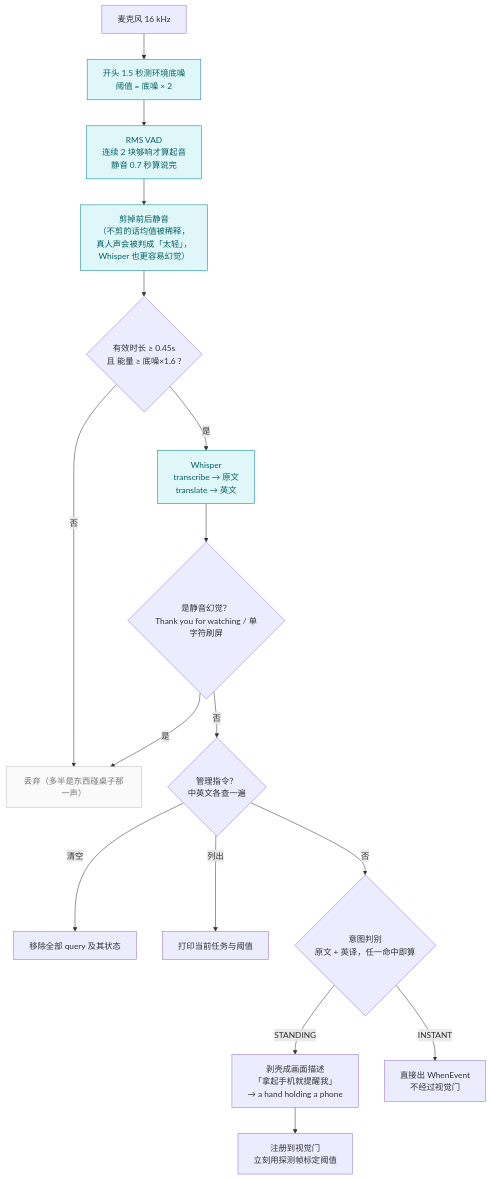
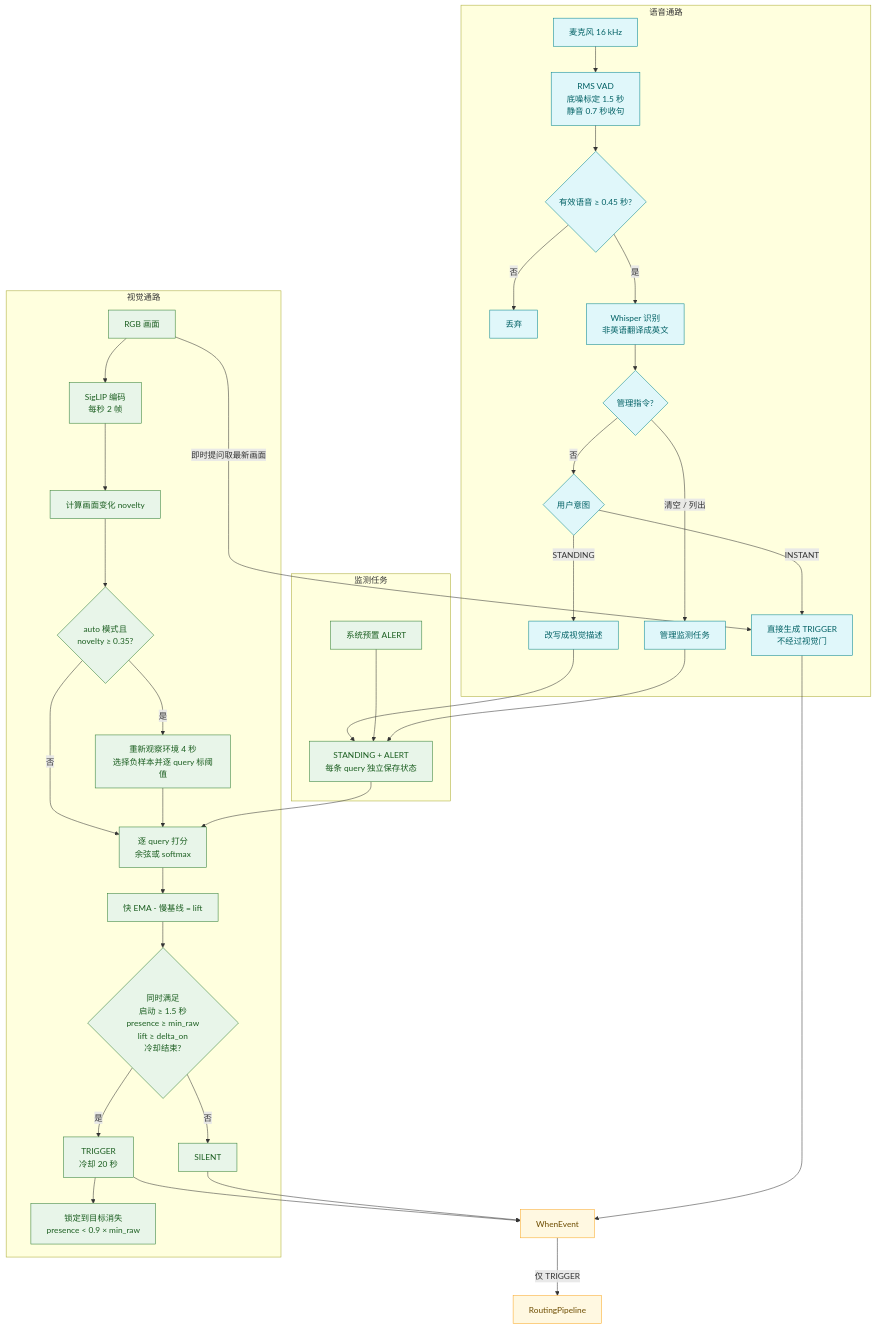
Before and after one commit to Zhuoying-Yang/smart_ai_glasses: the third of 5 diagrams in when/ARCHITECTURE.md, drawn with Mermaid. The commit also changed other lines of this file, not shown here.

Commit message:
Docs: map the full routing pipeline architecture

````diff
--- a/when/ARCHITECTURE.md
+++ b/when/ARCHITECTURE.md
@@ -158,31 +107,50 @@
 ```mermaid
 flowchart TB
-    M["麦克风 16 kHz"] --> CAL["开头 1.5 秒测环境底噪<br/>阈值 = 底噪 × 2"]
-    CAL --> VAD
+    subgraph SPEECH[语音通路]
+        MIC[麦克风 16 kHz] --> VAD[RMS VAD<br/>底噪标定 1.5 秒<br/>静音 0.7 秒收句]
+        VAD --> VALID{有效语音 ≥ 0.45 秒?}
+        VALID -->|否| DROP[丢弃]
+        VALID -->|是| ASR[Whisper 识别<br/>非英语翻译成英文]
+        ASR --> CMD{管理指令?}
+        CMD -->|清空 / 列出| MANAGE[管理监测任务]
+        CMD -->|否| INTENT{用户意图}
+        INTENT -->|INSTANT| DIRECT[直接生成 TRIGGER<br/>不经过视觉门]
+        INTENT -->|STANDING| REWRITE[改写成视觉描述]
+    end
 
-    VAD["RMS VAD<br/>连续 2 块够响才算起音<br/>静音 0.7 秒算说完"]
-    VAD --> TRIM["剪掉前后静音<br/>（不剪的话均值被稀释，<br/>真人声会被判成「太轻」，<br/>Whisper 也更容易幻觉）"]
-    TRIM --> CHK{"有效时长 ≥ 0.45s<br/>且 能量 ≥ 底噪×1.6 ?"}
-    CHK -->|"否"| DROP["丢弃（多半是东西碰桌子那一声）"]
-    CHK -->|"是"| ASR
+    subgraph QUERIES[监测任务]
+        PRESET[系统预置 ALERT]
+        ACTIVE[STANDING + ALERT<br/>每条 query 独立保存状态]
+        REWRITE --> ACTIVE
+        PRESET --> ACTIVE
+        MANAGE --> ACTIVE
+    end
 
-    ASR["Whisper<br/>transcribe → 原文<br/>translate → 英文"]
-    ASR --> HAL{"是静音幻觉？<br/>Thank you for watching / 单字符刷屏"}
-    HAL -->|"是"| DROP
-    HAL -->|"否"| CMD
+    subgraph VISUAL[视觉通路]
+        FRAME[RGB 画面] --> ENCODE[SigLIP 编码<br/>每秒 2 帧]
+        ENCODE --> NOVELTY[计算画面变化 novelty]
+        NOVELTY --> REPROBE{auto 模式且<br/>novelty ≥ 0.35?}
+        REPROBE -->|是| PROBE[重新观察环境 4 秒<br/>选择负样本并逐 query 标阈值]
+        REPROBE -->|否| SCORE
+        PROBE --> SCORE[逐 query 打分<br/>余弦或 softmax]
+        ACTIVE --> SCORE
+        SCORE --> EMA[快 EMA - 慢基线 = lift]
+        EMA --> GATE{同时满足<br/>启动 ≥ 1.5 秒<br/>presence ≥ min_raw<br/>lift ≥ delta_on<br/>冷却结束?}
+        GATE -->|否| SILENT[SILENT]
+        GATE -->|是| TRIGGER[TRIGGER<br/>冷却 20 秒]
+        TRIGGER --> LATCH[锁定到目标消失<br/>presence < 0.9 × min_raw]
+    end
 
-    CMD{"管理指令？<br/>中英文各查一遍"}
-    CMD -->|"清空"| CLR["移除全部 query 及其状态"]
-    CMD -->|"列出"| LST["打印当前任务与阈值"]
-    CMD -->|"否"| INT
+    FRAME -->|即时提问取最新画面| DIRECT
+    DIRECT --> EVENT[WhenEvent]
+    TRIGGER --> EVENT
+    SILENT --> EVENT
+    EVENT -->|仅 TRIGGER| PIPELINE[RoutingPipeline]
 
-    INT{"意图判别<br/>原文 + 英译，任一命中即算"}
-    INT -->|"STANDING"| VP["剥壳成画面描述<br/>「拿起手机就提醒我」<br/>→ a hand holding a phone"]
-    INT -->|"INSTANT"| EMIT["直接出 WhenEvent<br/>不经过视觉门"]
-    VP --> REG["注册到视觉门<br/>立刻用探测帧标定阈值"]
-
-    classDef audio fill:#e0f7fa,stroke:#00838f,color:#006064
-    classDef drop fill:#fafafa,stroke:#bdbdbd,color:#757575
-    class CAL,VAD,TRIM,ASR audio
-    class DROP drop
+    classDef speech fill:#e0f7fa,stroke:#00838f,color:#006064
+    classDef visual fill:#e8f5e9,stroke:#2e7d32,color:#1b5e20
+    classDef event fill:#fff8e1,stroke:#f9a825,color:#6d4c00
+    class MIC,VAD,VALID,ASR,CMD,INTENT,DIRECT,REWRITE,DROP,MANAGE speech
+    class PRESET,ACTIVE,FRAME,ENCODE,NOVELTY,REPROBE,PROBE,SCORE,EMA,GATE,SILENT,TRIGGER,LATCH visual
+    class EVENT,PIPELINE event
 ```
````
